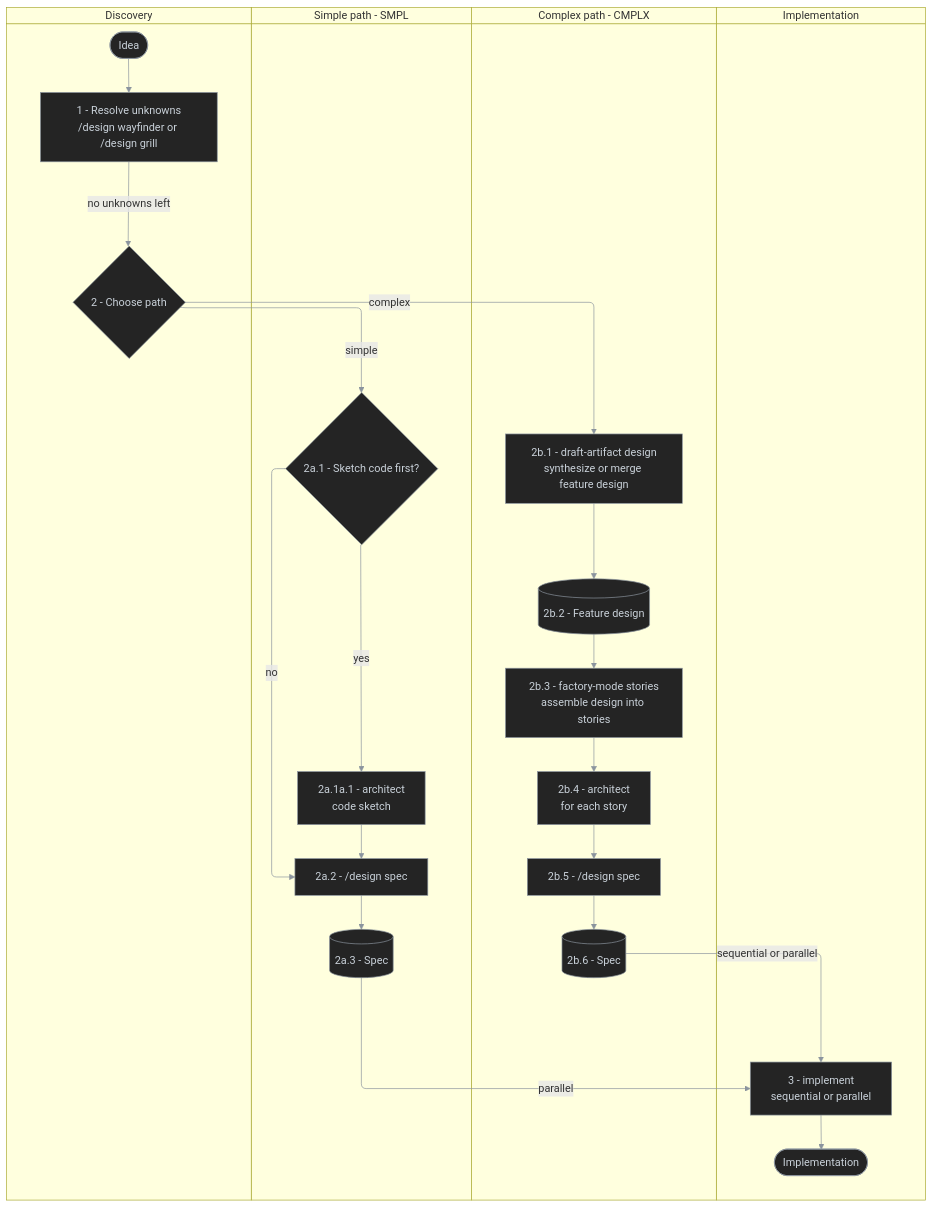
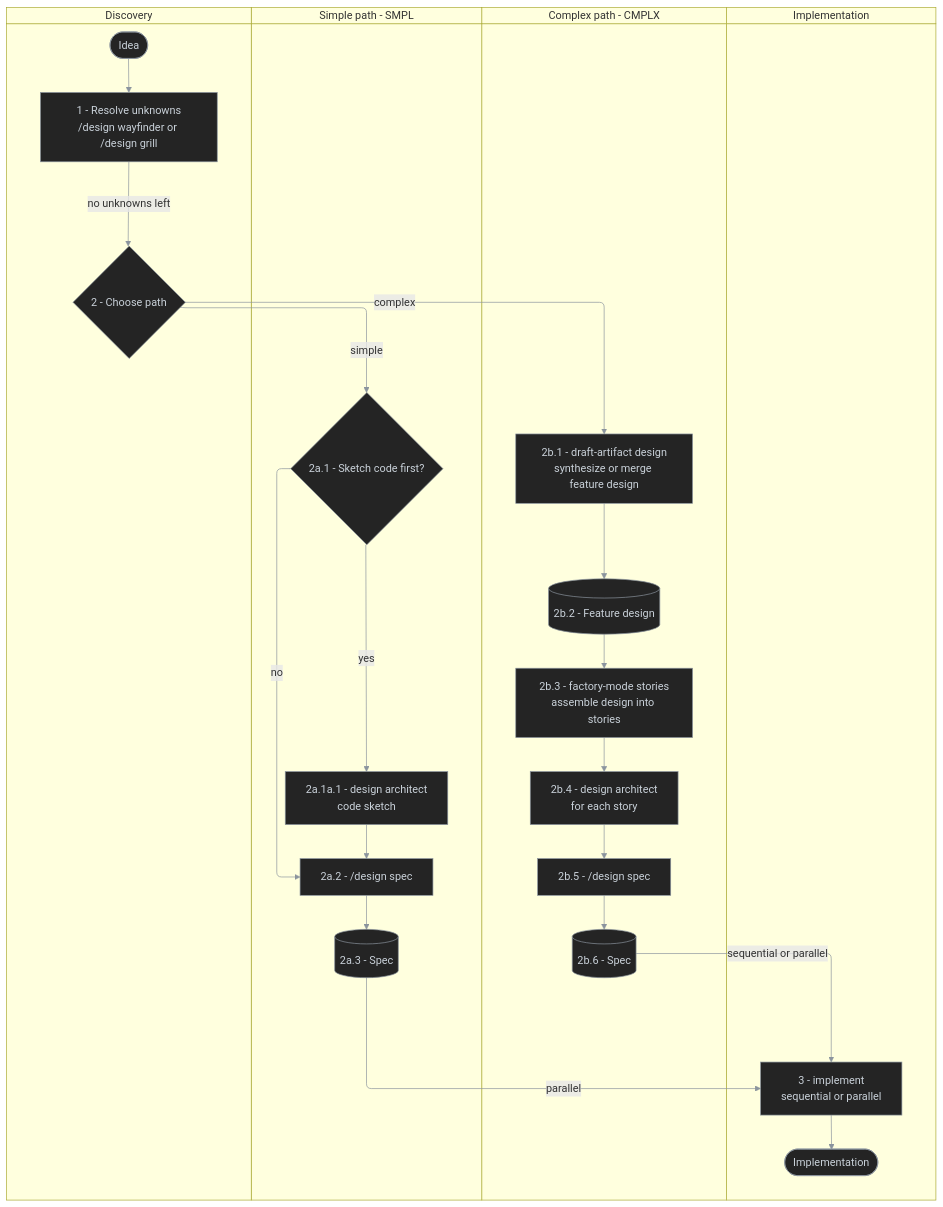
One commit to antshc/brain changed the first of 4 diagrams in plugins/wf/README.md. Above: the diagram before and after it, drawn with Mermaid. The commit also changed other lines of this file and 28 other files, not shown here.

Commit message:
feat(design): consolidate architect routes and shared sketch

````diff
--- a/plugins/wf/README.md
+++ b/plugins/wf/README.md
@@ -28,44 +28,44 @@
 ```mermaid
 %%{init: {'themeVariables': {'lineColor': '#8b949e'}}}%%
 %% diagram-id: wf-idea-to-implementation-swimlane
 swimlane-beta TB
   accTitle: Idea to implementation responsibility
   accDescr: Shows discovery choosing a simple or complex path, each producing a spec that implement turns into an implementation.
 
   subgraph discovery [Discovery]
     idea([Idea])
     resolve[1 - Resolve unknowns<br/>/design wayfinder or /design grill]
     choosePath{2 - Choose path}
   end
 
   subgraph simple [Simple path - SMPL]
     sketchFirst{2a.1 - Sketch code first?}
-    smplArchitect[2a.1a.1 - architect<br/>code sketch]
+    smplArchitect[2a.1a.1 - design architect<br/>code sketch]
     smplToSpec[2a.2 - /design spec]
     smplSpec[(2a.3 - Spec)]
   end
 
   subgraph complex [Complex path - CMPLX]
     toZdesign[2b.1 - draft-artifact design<br/>synthesize or merge feature design]
     design[(2b.2 - Feature design)]
     toStories[2b.3 - factory-mode stories<br/>assemble design into stories]
-    cmplxArchitect[2b.4 - architect<br/>for each story]
+    cmplxArchitect[2b.4 - design architect<br/>for each story]
     cmplxToSpec[2b.5 - /design spec]
     cmplxSpec[(2b.6 - Spec)]
   end
 
   subgraph implementation [Implementation]
     implementSpec[3 - implement<br/>sequential or parallel]
     done([Implementation])
   end
 
   idea --> resolve -->|no unknowns left| choosePath
   choosePath -->|simple| sketchFirst
   sketchFirst -->|no| smplToSpec
   sketchFirst -->|yes| smplArchitect --> smplToSpec
   smplToSpec --> smplSpec -->|parallel| implementSpec
   choosePath -->|complex| toZdesign --> design --> toStories --> cmplxArchitect --> cmplxToSpec --> cmplxSpec -->|sequential or parallel| implementSpec
   implementSpec --> done
 
   classDef default fill:#242424,stroke:#8b949e,color:#c9d1d9,stroke-width:1px
 ```
````
